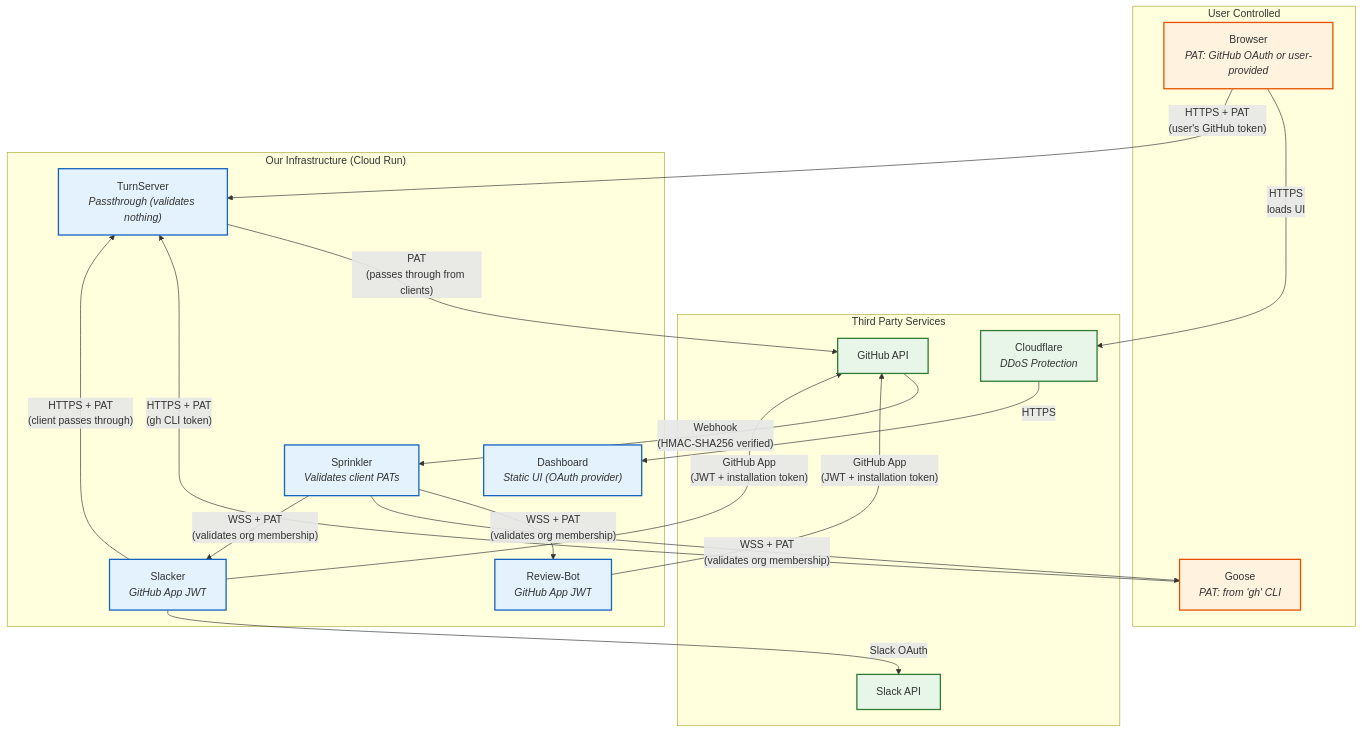
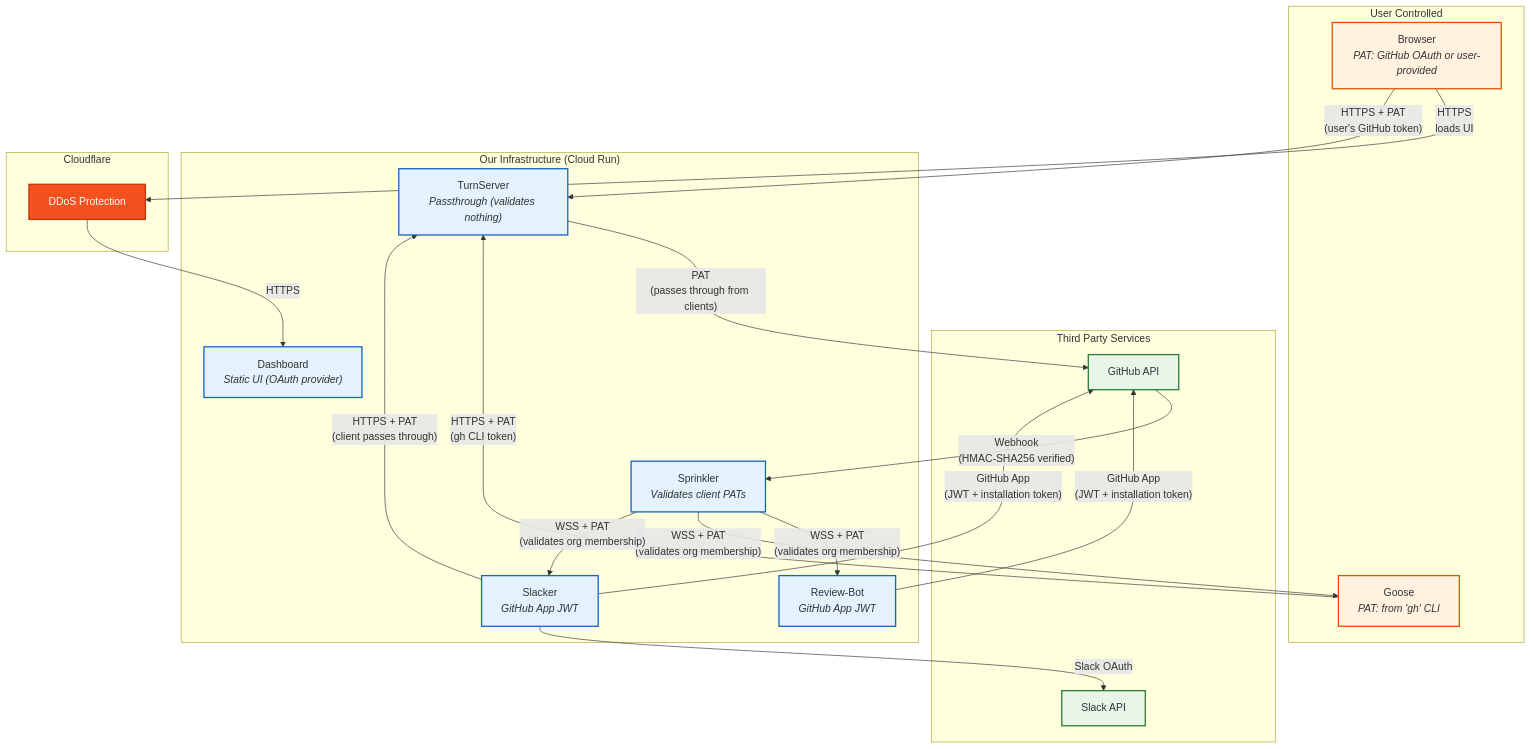
The third of 3 diagrams in README.md (codeGROOVE-dev/architecture), drawn with Mermaid before and after one commit. The commit also changed other lines of this file, not shown here.

Commit message:
clarify dashboard role

````diff
--- a/README.md
+++ b/README.md
@@ -141,48 +143,53 @@
 ```mermaid
 flowchart TB
     subgraph UC["User Controlled"]
         Browser["Browser<br/><i>PAT: GitHub OAuth or user-provided</i>"]
         Goose["Goose<br/><i>PAT: from 'gh' CLI</i>"]
     end
 
     subgraph TP["Third Party Services"]
         GitHub["GitHub API"]
         Slack["Slack API"]
-        CF["Cloudflare<br/><i>DDoS Protection</i>"]
     end
 
     subgraph OI["Our Infrastructure (Cloud Run)"]
         Dashboard["Dashboard<br/><i>Static UI (OAuth provider)</i>"]
         Sprinkler["Sprinkler<br/><i>Validates client PATs</i>"]
         ReviewBot["Review-Bot<br/><i>GitHub App JWT</i>"]
         Slacker["Slacker<br/><i>GitHub App JWT</i>"]
         TurnServer["TurnServer<br/><i>Passthrough (validates nothing)</i>"]
     end
 
-    Browser -->|"HTTPS<br/>loads UI"| CF
-    CF -->|HTTPS| Dashboard
+    subgraph CF["Cloudflare"]
+        CFProxy["DDoS Protection"]
+    end
+
+    Browser -->|"HTTPS<br/>loads UI"| CFProxy
+    CFProxy -->|HTTPS| Dashboard
 
     Browser -->|"HTTPS + PAT<br/>(user's GitHub token)"| TurnServer
     Goose -->|"HTTPS + PAT<br/>(gh CLI token)"| TurnServer
     Slacker -->|"HTTPS + PAT<br/>(client passes through)"| TurnServer
 
     GitHub -->|"Webhook<br/>(HMAC-SHA256 verified)"| Sprinkler
 
     Sprinkler -->|"WSS + PAT<br/>(validates org membership)"| ReviewBot
     Sprinkler -->|"WSS + PAT<br/>(validates org membership)"| Goose
     Sprinkler -->|"WSS + PAT<br/>(validates org membership)"| Slacker
 
     ReviewBot -->|"GitHub App<br/>(JWT + installation token)"| GitHub
     Slacker -->|"GitHub App<br/>(JWT + installation token)"| GitHub
     TurnServer -->|"PAT<br/>(passes through from clients)"| GitHub
 
     Slacker -->|"Slack OAuth"| Slack
 
     classDef user fill:#fff3e0,stroke:#e65100,stroke-width:2px
     classDef third fill:#e8f5e9,stroke:#2e7d32,stroke-width:2px
     classDef ours fill:#e3f2fd,stroke:#1565c0,stroke-width:2px
+    classDef cloudflare fill:#f4511e,stroke:#bf360c,stroke-width:2px,color:#fff
 
     class Browser,Goose user
-    class GitHub,Slack,CF third
+    class GitHub,Slack third
     class Dashboard,Sprinkler,ReviewBot,Slacker,TurnServer ours
+    class CFProxy cloudflare
 ```
````
